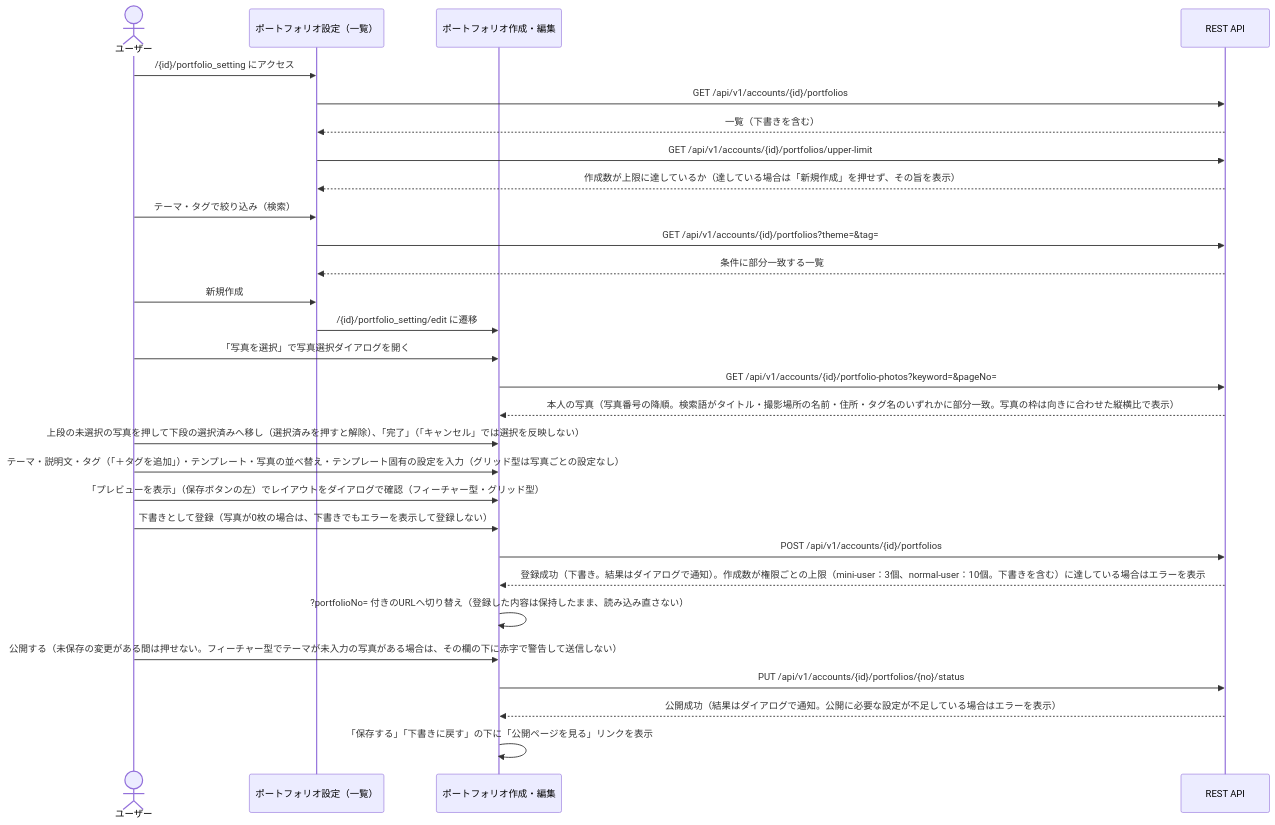
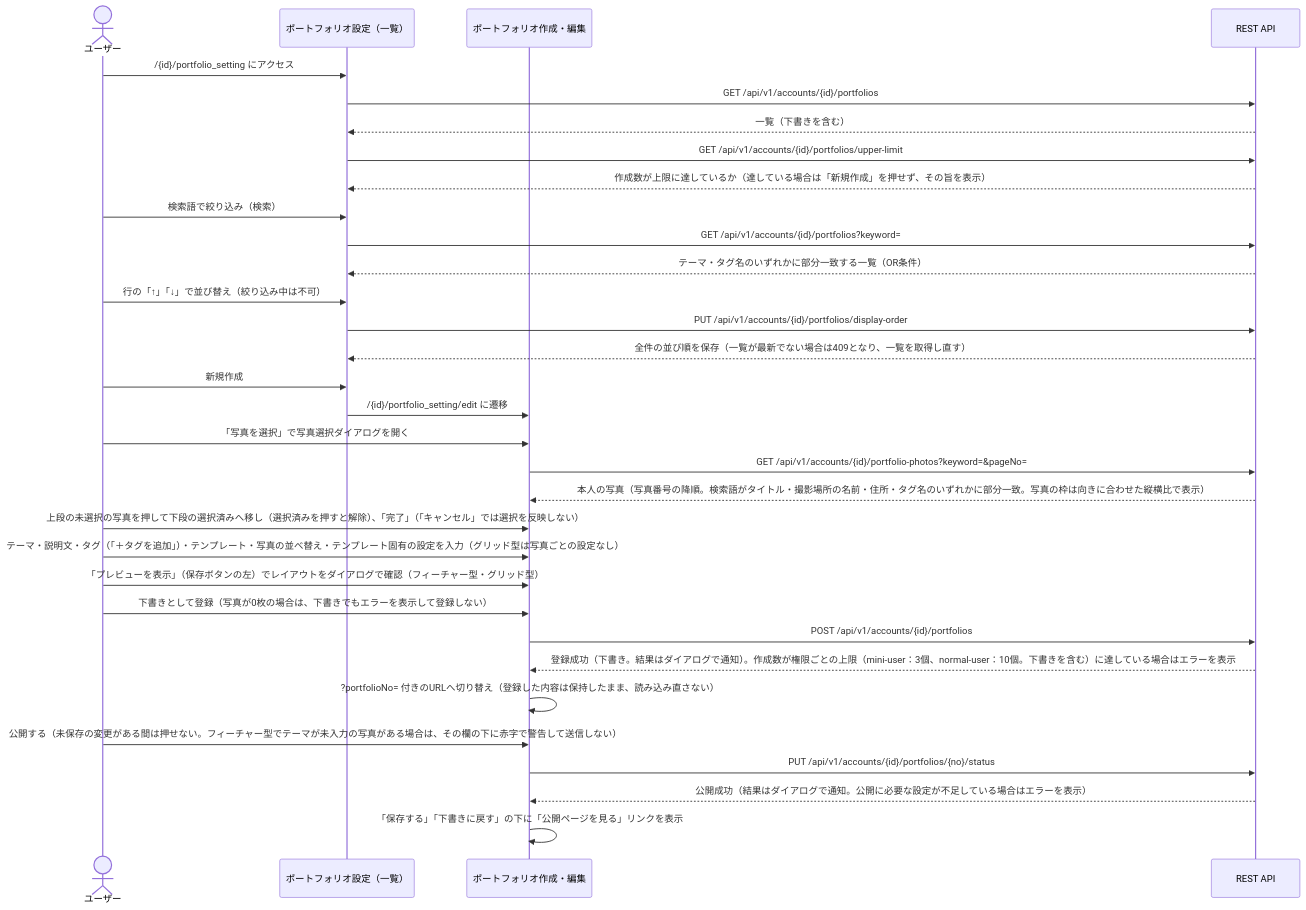
Before and after one commit to KentoKodama214/WebGallery: the fifth of 11 diagrams in doc/view/screen-transition.md, drawn with Mermaid. The commit also changed other lines of this file and 24 other files, not shown here.

````diff
--- a/doc/view/screen-transition.md
+++ b/doc/view/screen-transition.md
@@ -222,32 +222,35 @@
 ```mermaid
 sequenceDiagram
     actor User as ユーザー
     participant List as ポートフォリオ設定（一覧）
     participant Edit as ポートフォリオ作成・編集
     participant API as REST API
 
     User->>List: /{id}/portfolio_setting にアクセス
     List->>API: GET /api/v1/accounts/{id}/portfolios
     API-->>List: 一覧（下書きを含む）
     List->>API: GET /api/v1/accounts/{id}/portfolios/upper-limit
     API-->>List: 作成数が上限に達しているか（達している場合は「新規作成」を押せず、その旨を表示）
-    User->>List: テーマ・タグで絞り込み（検索）
-    List->>API: GET /api/v1/accounts/{id}/portfolios?theme=&tag=
-    API-->>List: 条件に部分一致する一覧
+    User->>List: 検索語で絞り込み（検索）
+    List->>API: GET /api/v1/accounts/{id}/portfolios?keyword=
+    API-->>List: テーマ・タグ名のいずれかに部分一致する一覧（OR条件）
+    User->>List: 行の「↑」「↓」で並び替え（絞り込み中は不可）
+    List->>API: PUT /api/v1/accounts/{id}/portfolios/display-order
+    API-->>List: 全件の並び順を保存（一覧が最新でない場合は409となり、一覧を取得し直す）
     User->>List: 新規作成
     List->>Edit: /{id}/portfolio_setting/edit に遷移
     User->>Edit: 「写真を選択」で写真選択ダイアログを開く
     Edit->>API: GET /api/v1/accounts/{id}/portfolio-photos?keyword=&pageNo=
     API-->>Edit: 本人の写真（写真番号の降順。検索語がタイトル・撮影場所の名前・住所・タグ名のいずれかに部分一致。写真の枠は向きに合わせた縦横比で表示）
     User->>Edit: 上段の未選択の写真を押して下段の選択済みへ移し（選択済みを押すと解除）、「完了」（「キャンセル」では選択を反映しない）
     User->>Edit: テーマ・説明文・タグ（「＋タグを追加」）・テンプレート・写真の並べ替え・テンプレート固有の設定を入力（グリッド型は写真ごとの設定なし）
     User->>Edit: 「プレビューを表示」（保存ボタンの左）でレイアウトをダイアログで確認（フィーチャー型・グリッド型）
     User->>Edit: 下書きとして登録（写真が0枚の場合は、下書きでもエラーを表示して登録しない）
     Edit->>API: POST /api/v1/accounts/{id}/portfolios
     API-->>Edit: 登録成功（下書き。結果はダイアログで通知）。作成数が権限ごとの上限（mini-user：3個、normal-user：10個。下書きを含む）に達している場合はエラーを表示
     Edit->>Edit: ?portfolioNo= 付きのURLへ切り替え（登録した内容は保持したまま、読み込み直さない）
     User->>Edit: 公開する（未保存の変更がある間は押せない。フィーチャー型でテーマが未入力の写真がある場合は、その欄の下に赤字で警告して送信しない）
     Edit->>API: PUT /api/v1/accounts/{id}/portfolios/{no}/status
     API-->>Edit: 公開成功（結果はダイアログで通知。公開に必要な設定が不足している場合はエラーを表示）
     Edit->>Edit: 「保存する」「下書きに戻す」の下に「公開ページを見る」リンクを表示
 ```
````
